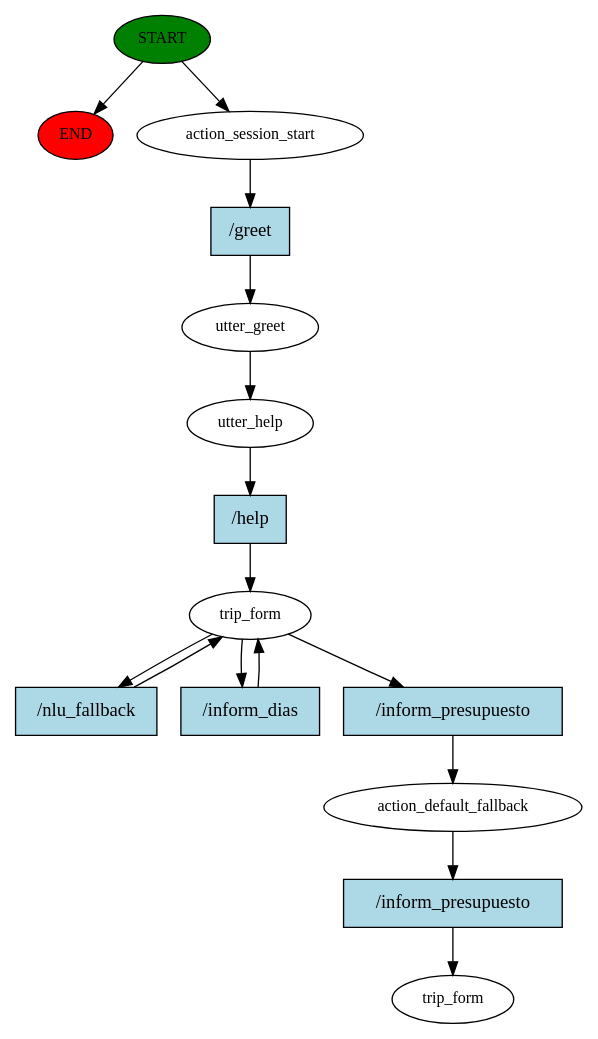
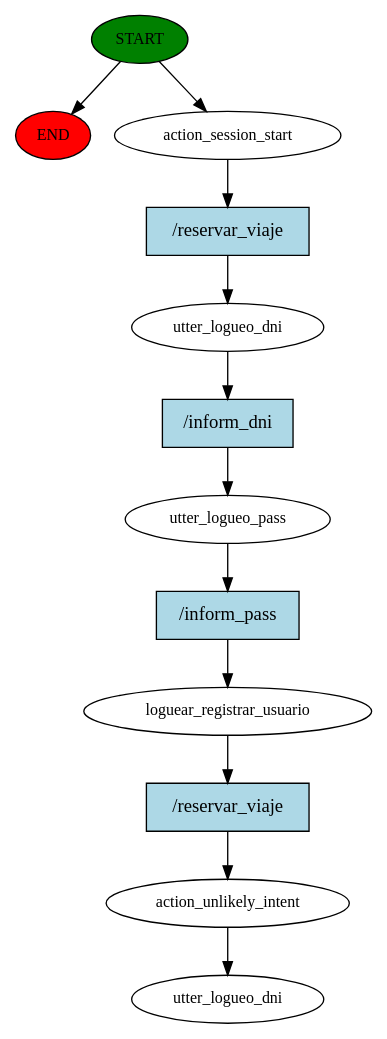
One commit to eliseovillaok/chatbot changed the diagram in story_graph.dot. Above: the diagram before and after it, drawn with Graphviz. The commit also changed 128 other files, not shown here.

```diff
--- a/story_graph.dot
+++ b/story_graph.dot
@@ -1,31 +1,25 @@
 digraph  {
 0 [class="start active", fillcolor=green, fontsize=12, label=START, style=filled];
 "-1" [class=end, fillcolor=red, fontsize=12, label=END, style=filled];
 1 [class=active, fontsize=12, label=action_session_start];
-2 [class=active, fontsize=12, label=utter_greet];
-3 [class=active, fontsize=12, label=utter_help];
-4 [class=active, fontsize=12, label=trip_form];
-9 [class=active, fontsize=12, label=action_default_fallback];
-10 [class="dashed active", fontsize=12, label=trip_form];
-11 [class="intent active", fillcolor=lightblue, label="/greet", shape=rect, style=filled];
-12 [class="intent active", fillcolor=lightblue, label="/help", shape=rect, style=filled];
-13 [class="intent active", fillcolor=lightblue, label="/nlu_fallback", shape=rect, style=filled];
-14 [class="intent active", fillcolor=lightblue, label="/inform_dias", shape=rect, style=filled];
-15 [class="intent active", fillcolor=lightblue, label="/inform_presupuesto", shape=rect, style=filled];
-16 [class="intent active", fillcolor=lightblue, label="/inform_presupuesto", shape=rect, style=filled];
+2 [class=active, fontsize=12, label=utter_logueo_dni];
+3 [class=active, fontsize=12, label=utter_logueo_pass];
+4 [class=active, fontsize=12, label=loguear_registrar_usuario];
+5 [class=active, fontsize=12, label=action_unlikely_intent];
+6 [class="dashed active", fontsize=12, label=utter_logueo_dni];
+7 [class="intent active", fillcolor=lightblue, label="/reservar_viaje", shape=rect, style=filled];
+8 [class="intent active", fillcolor=lightblue, label="/inform_dni", shape=rect, style=filled];
+9 [class="intent active", fillcolor=lightblue, label="/inform_pass", shape=rect, style=filled];
+10 [class="intent active", fillcolor=lightblue, label="/reservar_viaje", shape=rect, style=filled];
 0 -> "-1"  [class="", key=NONE, label=""];
 0 -> 1  [class=active, key=NONE, label=""];
-1 -> 11  [class=active, key=0];
-2 -> 3  [class=active, key=NONE, label=""];
-3 -> 12  [class=active, key=0];
-4 -> 13  [class=active, key=0];
-4 -> 14  [class=active, key=0];
-4 -> 15  [class=active, key=0];
-9 -> 16  [class=active, key=0];
-11 -> 2  [class=active, key=0];
-12 -> 4  [class=active, key=0];
-13 -> 4  [class=active, key=0];
-14 -> 4  [class=active, key=0];
-15 -> 9  [class=active, key=0];
-16 -> 10  [class=active, key=0];
+1 -> 7  [class=active, key=0];
+2 -> 8  [class=active, key=0];
+3 -> 9  [class=active, key=0];
+4 -> 10  [class=active, key=0];
+5 -> 6  [class=active, key=NONE, label=""];
+7 -> 2  [class=active, key=0];
+8 -> 3  [class=active, key=0];
+9 -> 4  [class=active, key=0];
+10 -> 5  [class=active, key=0];
 }
```
